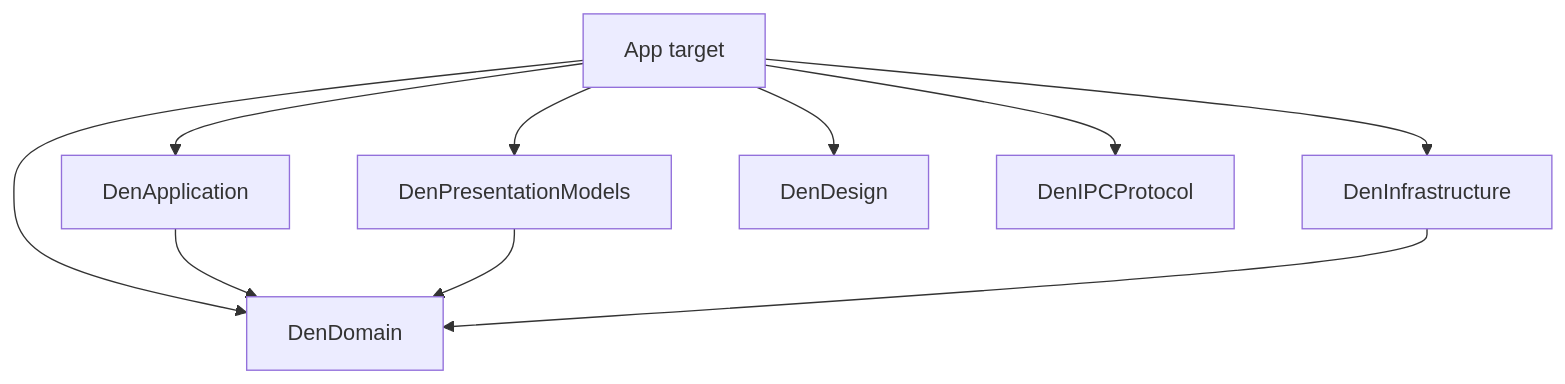
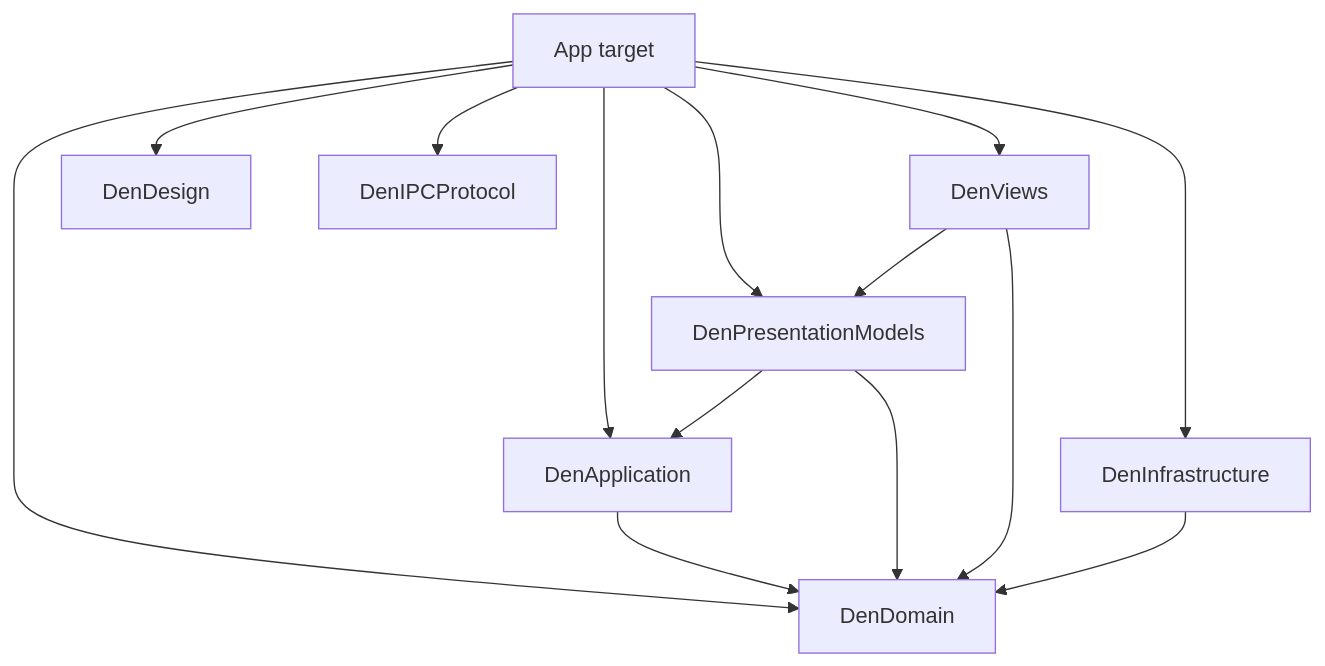
Before and after one commit to nekonata-team/den-browser: the diagram in docs/architecture.md, drawn with Mermaid. The commit also changed other lines of this file and 19 other files, not shown here.

````diff
--- a/docs/architecture.md
+++ b/docs/architecture.md
@@ -14,12 +14,16 @@
 ```mermaid
 flowchart TD
     App[App target] --> DenApplication
     App --> DenPresentationModels
+    App --> DenViews
     App --> DenInfrastructure
     App --> DenDomain
     App --> DenDesign
     App --> DenIPCProtocol
     DenApplication --> DenDomain
     DenPresentationModels --> DenDomain
+    DenPresentationModels --> DenApplication
+    DenViews --> DenPresentationModels
+    DenViews --> DenDomain
     DenInfrastructure --> DenDomain
 ```
````
